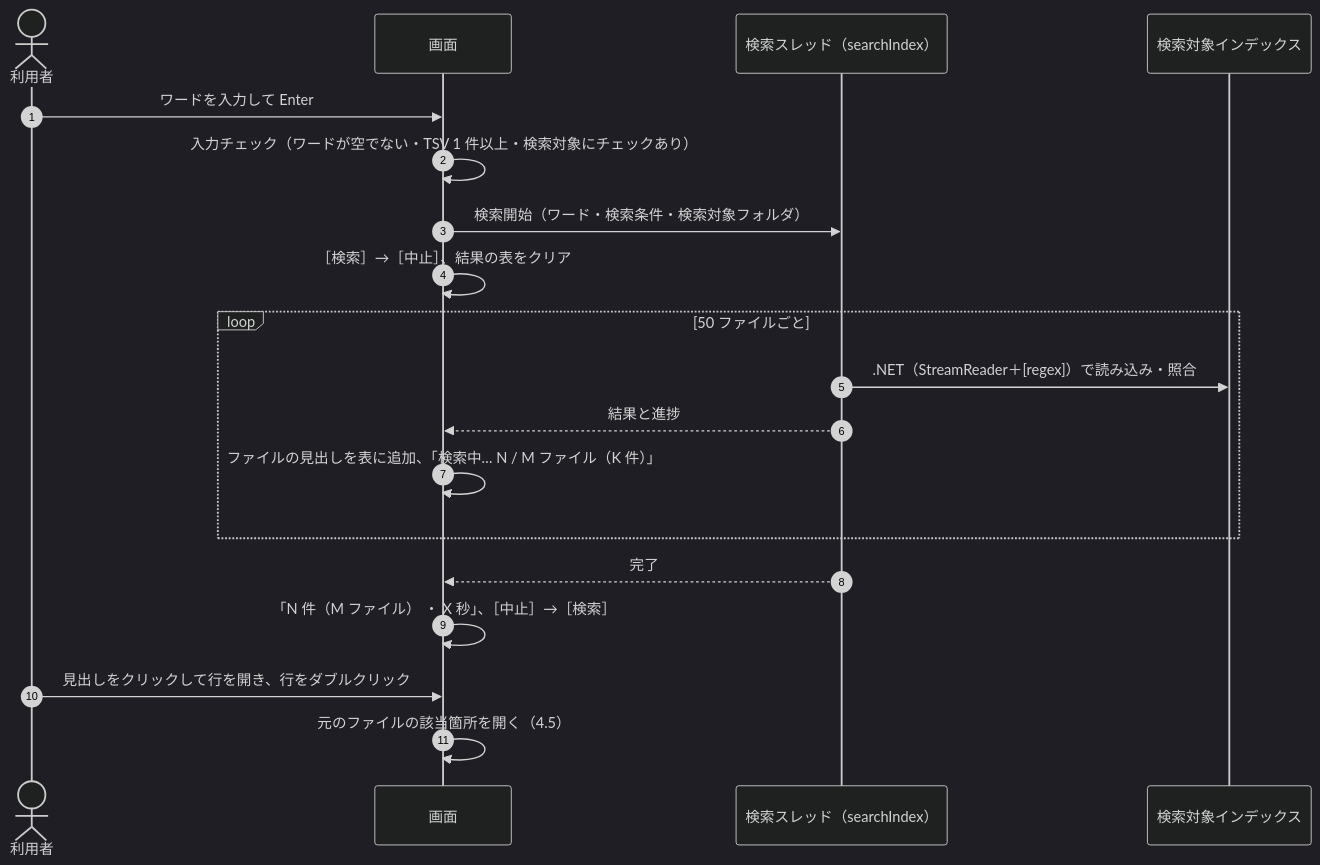
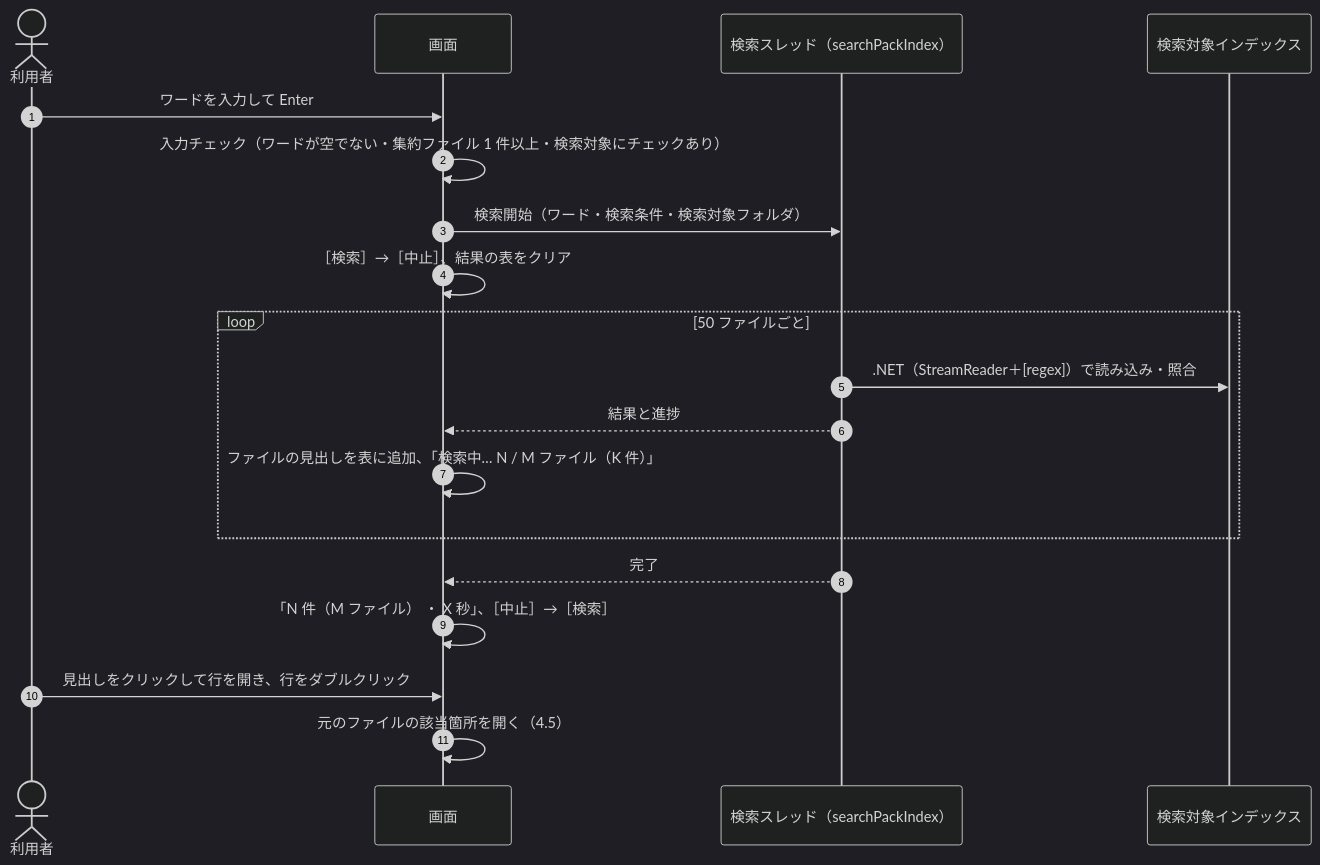
The second of 4 diagrams in docs/03_画面_4_状態と操作の流れ.md (hsgwa/tebunko), drawn with Mermaid (dark theme) before and after one commit. The commit also changed other lines of this file and 53 other files, not shown here.

````diff
--- a/docs/03_画面_4_状態と操作の流れ.md
+++ b/docs/03_画面_4_状態と操作の流れ.md
@@ -57,22 +57,22 @@
 ```mermaid
 sequenceDiagram
     autonumber
     actor U as 利用者
     participant G as 画面
-    participant S as 検索スレッド（searchIndex）
+    participant S as 検索スレッド（searchPackIndex）
     participant I as 検索対象インデックス
 
     U->>G: ワードを入力して Enter
-    G->>G: 入力チェック（ワードが空でない・TSV 1 件以上・検索対象にチェックあり）
+    G->>G: 入力チェック（ワードが空でない・集約ファイル 1 件以上・検索対象にチェックあり）
     G->>S: 検索開始（ワード・検索条件・検索対象フォルダ）
     G->>G: ［検索］→［中止］、結果の表をクリア
     loop 50 ファイルごと
         S->>I: .NET（StreamReader＋[regex]）で読み込み・照合
         S-->>G: 結果と進捗
         G->>G: ファイルの見出しを表に追加、「検索中… N / M ファイル（K 件）」
     end
     S-->>G: 完了
     G->>G: 「N 件（M ファイル） ・ X 秒」、［中止］→［検索］
     U->>G: 見出しをクリックして行を開き、行をダブルクリック
     G->>G: 元のファイルの該当箇所を開く（4.5）
 ```
````
